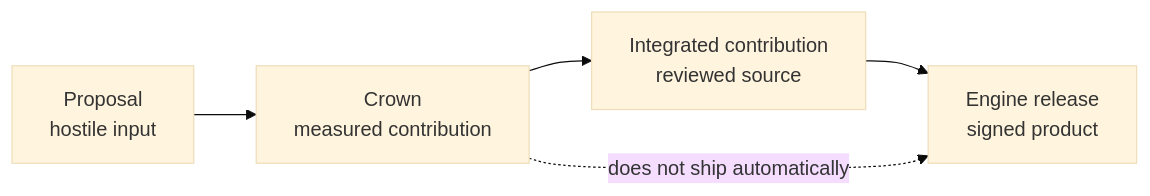
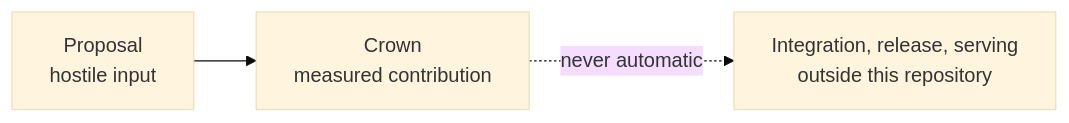
Before and after one commit to latent-to/cacheon: the diagram in docs/index.md, drawn with Mermaid (base theme). The commit also changed other lines of this file and 433 other files, not shown here.

````diff
--- a/docs/index.md
+++ b/docs/index.md
@@ -53,7 +53,5 @@
 ```mermaid
 flowchart LR
   P["Proposal<br/>hostile input"] --> Q["Crown<br/>measured contribution"]
-  Q --> I["Integrated contribution<br/>reviewed source"]
-  I --> R["Engine release<br/>signed product"]
-  Q -. "does not ship automatically" .-> R
+  Q -. "never automatic" .-> R["Integration, release, serving<br/>outside this repository"]
 ```
````
